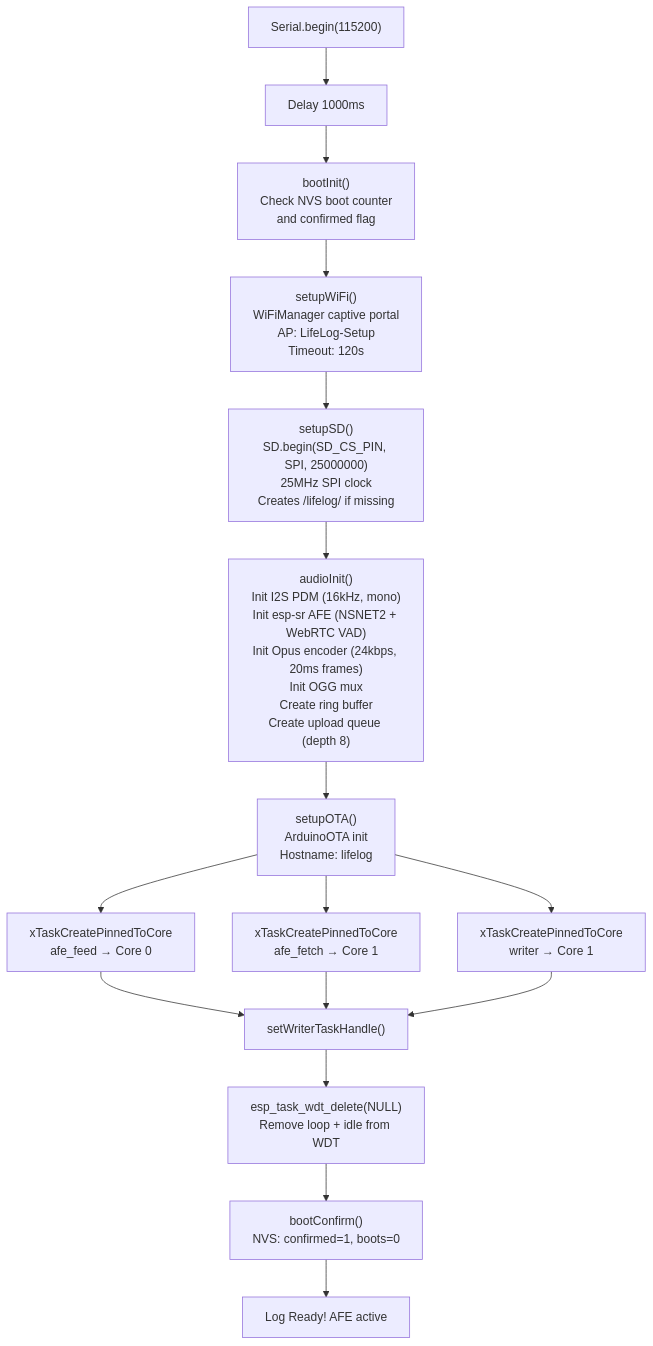
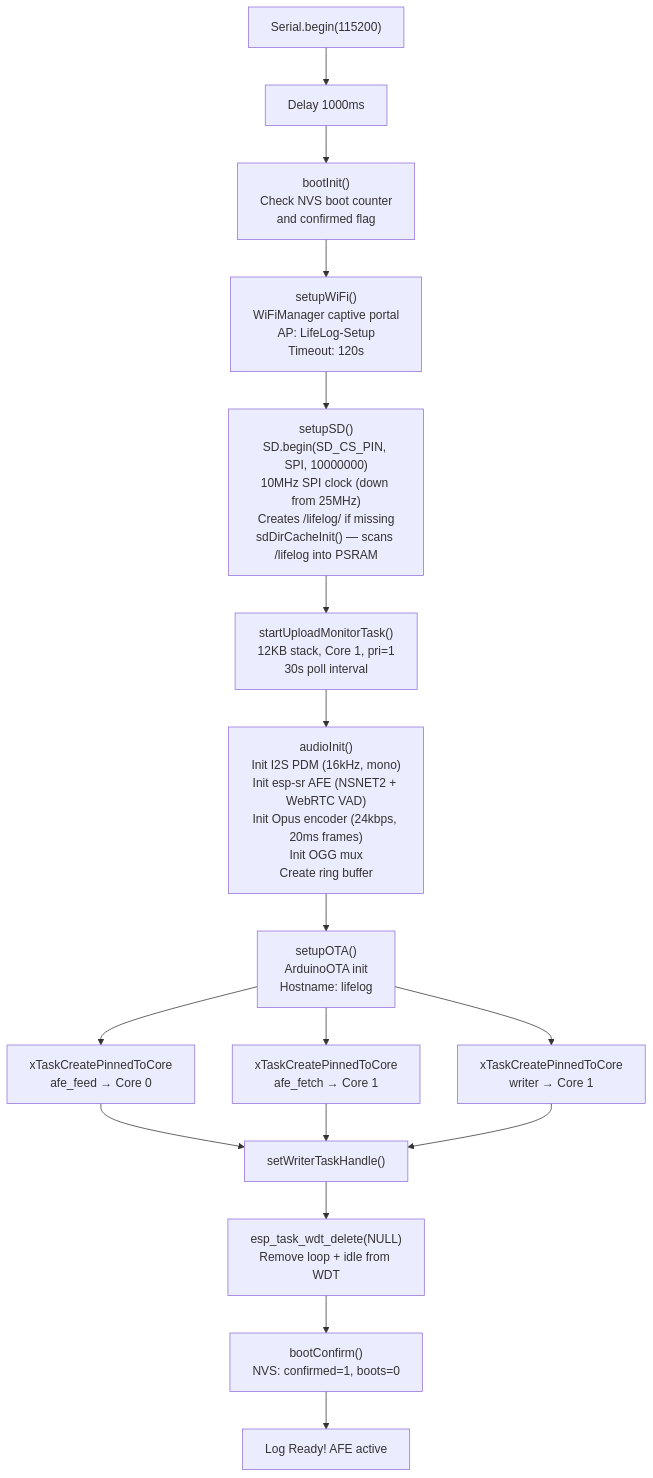
Before and after one commit to dlgreenwald/lifelog: the fifth of 6 diagrams in firmware-ota/ARCHITECTURE.md, drawn with Mermaid. The commit also changed other lines of this file and 5 other files, not shown here.

````diff
--- a/firmware-ota/ARCHITECTURE.md
+++ b/firmware-ota/ARCHITECTURE.md
@@ -240,18 +260,19 @@
 ```mermaid
 flowchart TB
     A["Serial.begin(115200)"] --> B["Delay 1000ms"]
     B --> C["bootInit()<br/>Check NVS boot counter<br/>and confirmed flag"]
     C --> D["setupWiFi()<br/>WiFiManager captive portal<br/>AP: LifeLog-Setup<br/>Timeout: 120s"]
-    D --> E["setupSD()<br/>SD.begin(SD_CS_PIN, SPI, 25000000)<br/>25MHz SPI clock<br/>Creates /lifelog/ if missing"]
-    E --> F["audioInit()<br/>Init I2S PDM (16kHz, mono)<br/>Init esp-sr AFE (NSNET2 + WebRTC VAD)<br/>Init Opus encoder (24kbps, 20ms frames)<br/>Init OGG mux<br/>Create ring buffer<br/>Create upload queue (depth 8)"]
+    D --> E["setupSD()<br/>SD.begin(SD_CS_PIN, SPI, 10000000)<br/>10MHz SPI clock (down from 25MHz)<br/>Creates /lifelog/ if missing<br/>sdDirCacheInit() — scans /lifelog into PSRAM"]
+    E --> EA["startUploadMonitorTask()<br/>12KB stack, Core 1, pri=1<br/>30s poll interval"]
+    EA --> F["audioInit()<br/>Init I2S PDM (16kHz, mono)<br/>Init esp-sr AFE (NSNET2 + WebRTC VAD)<br/>Init Opus encoder (24kbps, 20ms frames)<br/>Init OGG mux<br/>Create ring buffer"]
     F --> G["setupOTA()<br/>ArduinoOTA init<br/>Hostname: lifelog"]
     G --> H["xTaskCreatePinnedToCore<br/>afe_feed → Core 0"]
     G --> I["xTaskCreatePinnedToCore<br/>afe_fetch → Core 1"]
     G --> J["xTaskCreatePinnedToCore<br/>writer → Core 1"]
     H --> K["setWriterTaskHandle()"]
     I --> K
     J --> K
     K --> L["esp_task_wdt_delete(NULL)<br/>Remove loop + idle from WDT"]
     L --> M["bootConfirm()<br/>NVS: confirmed=1, boots=0"]
     M --> N["Log Ready! AFE active"]
 ```
````
